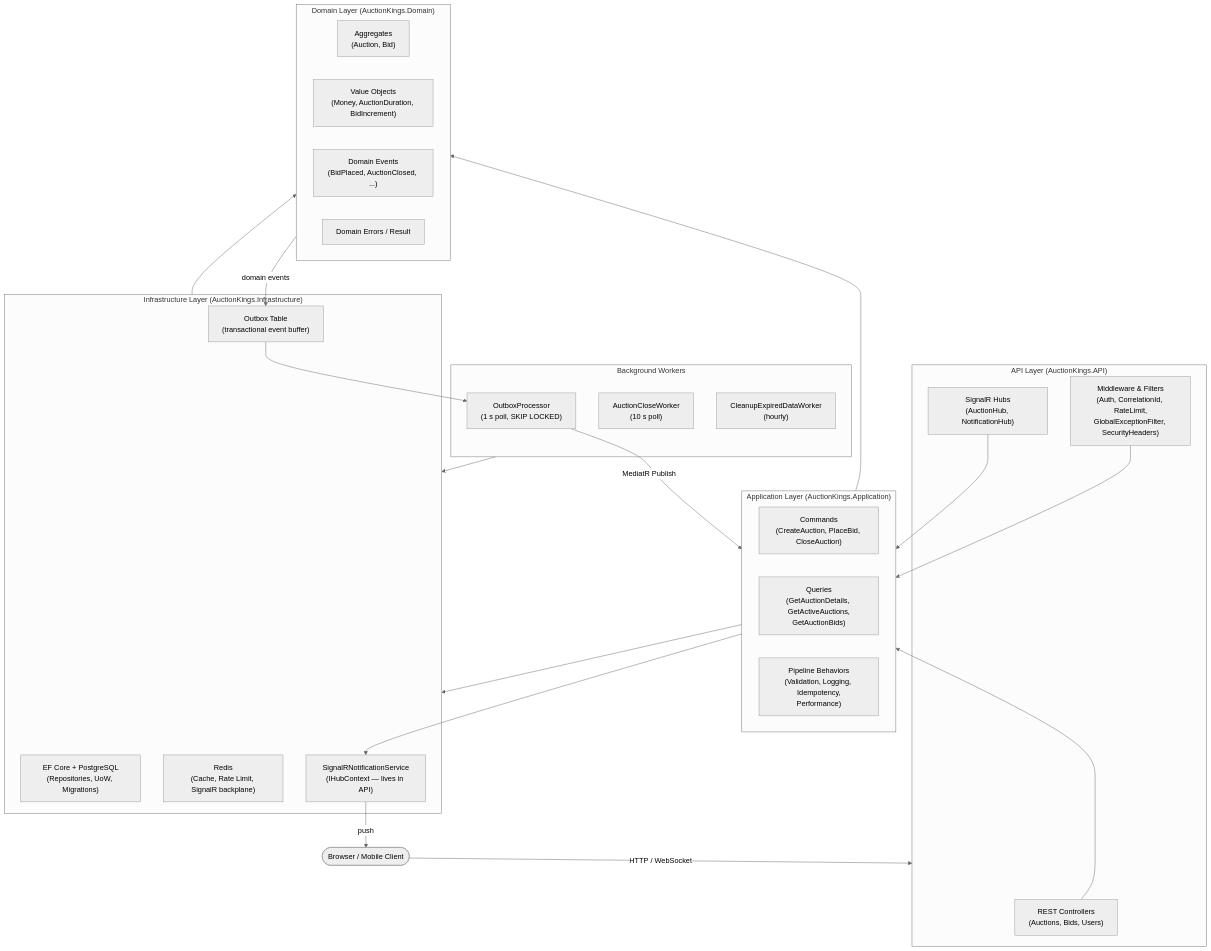
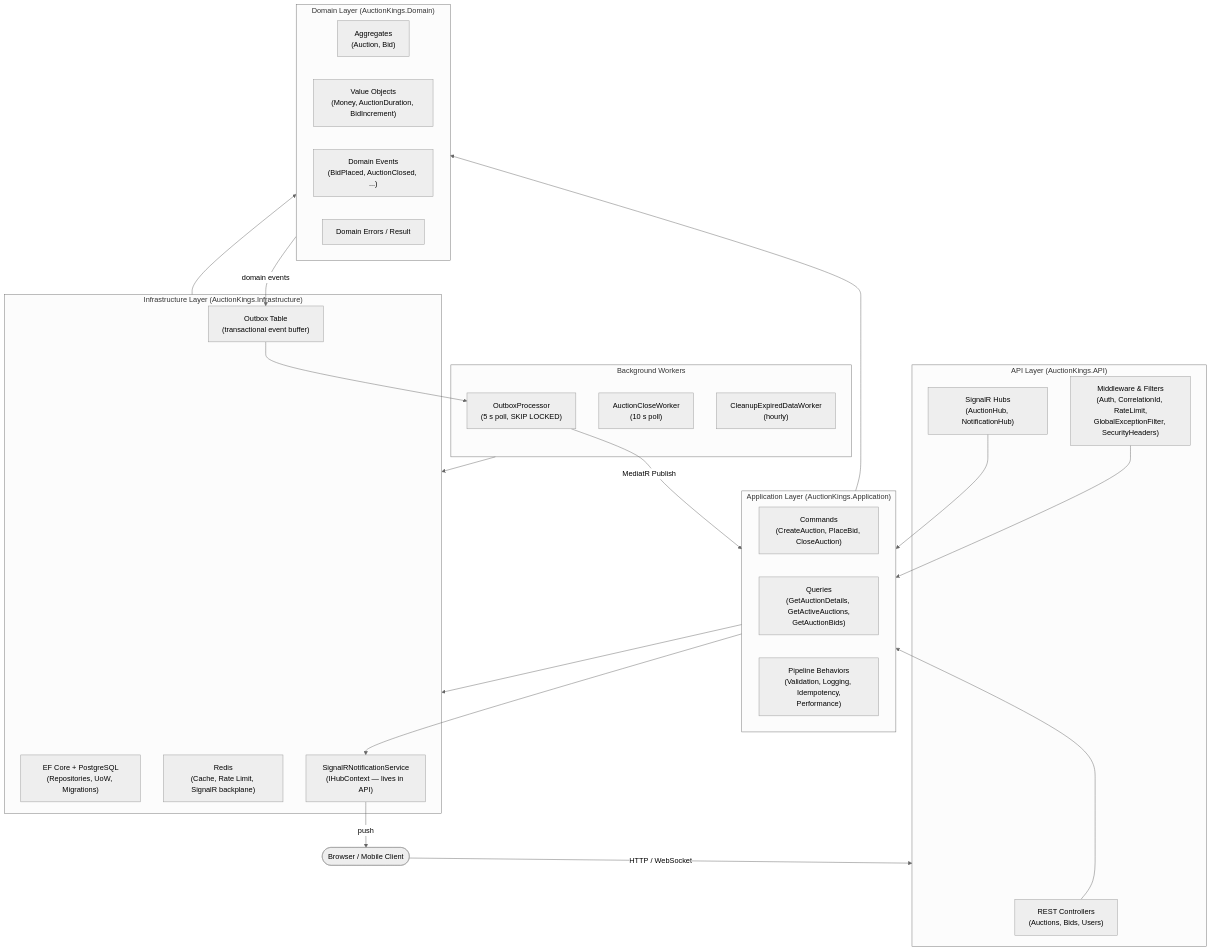
One commit to giopellizzoni/auction-kings changed the diagram in docs/architecture.md. Above: the diagram before and after it, drawn with Mermaid (neutral theme). The commit also changed other lines of this file and 32 other files, not shown here.

````diff
--- a/docs/architecture.md
+++ b/docs/architecture.md
@@ -45,50 +45,50 @@
 ```mermaid
 graph TD
     Client([Browser / Mobile Client])
 
     subgraph API["API Layer (AuctionKings.API)"]
         Controllers["REST Controllers\n(Auctions, Bids, Users)"]
         Hubs["SignalR Hubs\n(AuctionHub, NotificationHub)"]
         Middleware["Middleware & Filters\n(Auth, CorrelationId, RateLimit,\nGlobalExceptionFilter, SecurityHeaders)"]
     end
 
     subgraph Application["Application Layer (AuctionKings.Application)"]
         Commands["Commands\n(CreateAuction, PlaceBid, CloseAuction)"]
         Queries["Queries\n(GetAuctionDetails, GetActiveAuctions,\nGetAuctionBids)"]
         Behaviors["Pipeline Behaviors\n(Validation, Logging, Idempotency,\nPerformance)"]
     end
 
     subgraph Domain["Domain Layer (AuctionKings.Domain)"]
         Aggregates["Aggregates\n(Auction, Bid)"]
         ValueObjects["Value Objects\n(Money, AuctionDuration, BidIncrement)"]
         DomainEvents["Domain Events\n(BidPlaced, AuctionClosed, ...)"]
         DomainErrors["Domain Errors / Result"]
     end
 
     subgraph Infrastructure["Infrastructure Layer (AuctionKings.Infrastructure)"]
         EF["EF Core + PostgreSQL\n(Repositories, UoW, Migrations)"]
         Outbox["Outbox Table\n(transactional event buffer)"]
         Redis["Redis\n(Cache, Rate Limit, SignalR backplane)"]
         SignalRNotif["SignalRNotificationService\n(IHubContext — lives in API)"]
     end
 
     subgraph Workers["Background Workers"]
-        OutboxProc["OutboxProcessor\n(1 s poll, SKIP LOCKED)"]
+        OutboxProc["OutboxProcessor\n(5 s poll, SKIP LOCKED)"]
         CloseWorker["AuctionCloseWorker\n(10 s poll)"]
         CleanupWorker["CleanupExpiredDataWorker\n(hourly)"]
     end
 
     Client -->|HTTP / WebSocket| API
     Controllers --> Application
     Hubs --> Application
     Middleware --> Application
     Application --> Domain
     Application --> Infrastructure
     Infrastructure --> Domain
     Workers --> Infrastructure
     Domain -->|domain events| Outbox
     Outbox --> OutboxProc
     OutboxProc -->|MediatR Publish| Application
     Application --> SignalRNotif
     SignalRNotif -->|push| Client
 ```
````
